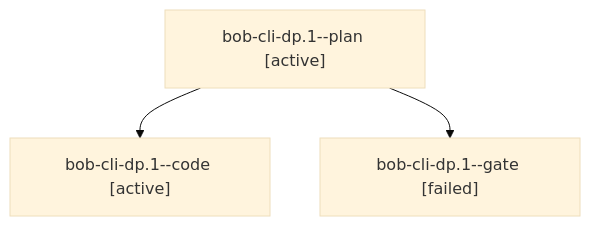
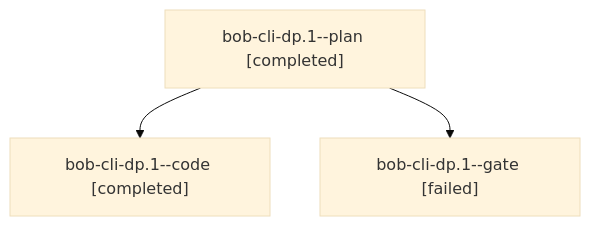
One commit to bobs-org/bob-cli--agents changed the diagram in sessions/bbugyi200.athena.bob-cli-dp.1.md. Above: the diagram before and after it, drawn with Mermaid (base theme). The commit also changed other lines of this file and 139 other files, not shown here.

````diff
--- a/sessions/bbugyi200.athena.bob-cli-dp.1.md
+++ b/sessions/bbugyi200.athena.bob-cli-dp.1.md
@@ -9,8 +9,8 @@
 ```mermaid
 flowchart TD
-  n0["bob-cli-dp.1--plan [active]"]
-  n1["bob-cli-dp.1--code [active]"]
+  n0["bob-cli-dp.1--plan [completed]"]
+  n1["bob-cli-dp.1--code [completed]"]
   n0 --> n1
   n2["bob-cli-dp.1--gate [failed]"]
   n0 --> n2
 ```
````
